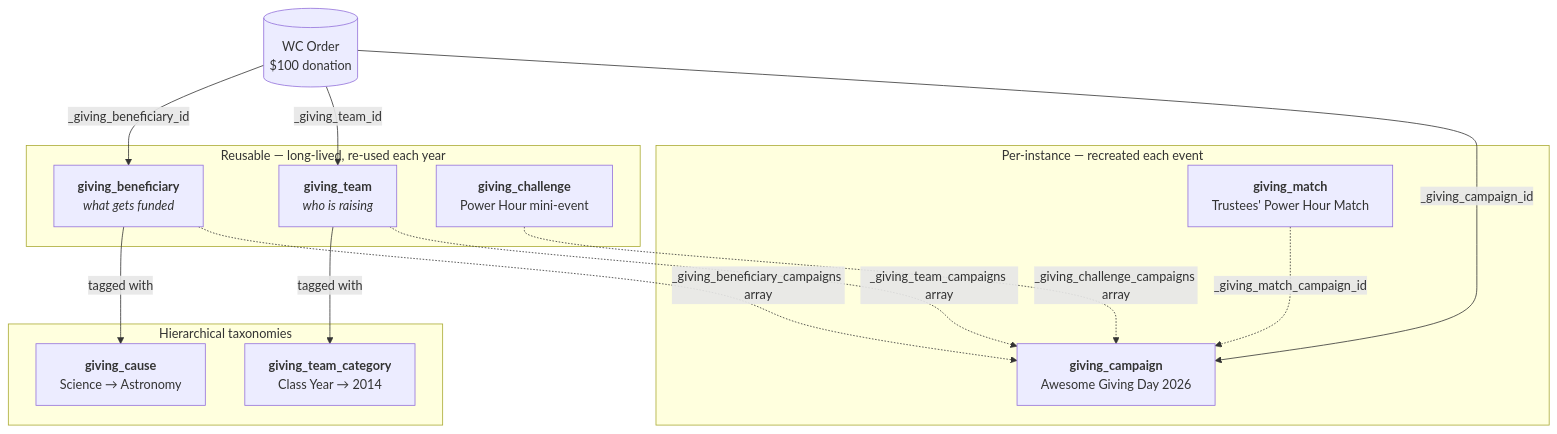
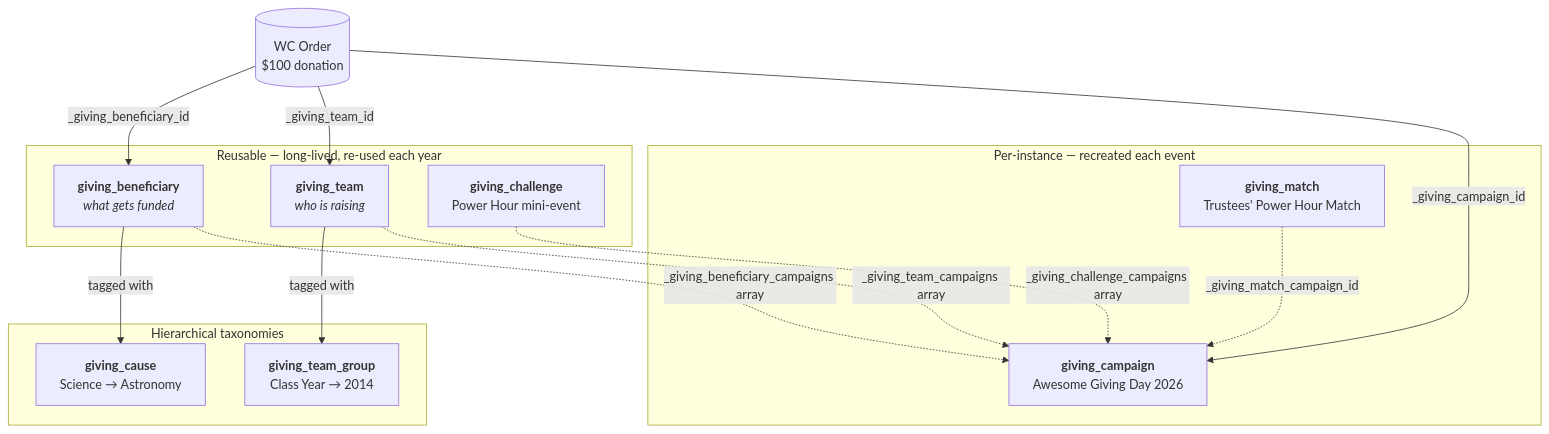
Before and after one commit to a8cteam51/giving-day-blocks: the diagram in README.md, drawn with Mermaid. The commit also changed other lines of this file and 17 other files, not shown here.

````diff
--- a/README.md
+++ b/README.md
@@ -193,32 +195,32 @@
 ```mermaid
 flowchart TB
     subgraph Instance["Per-instance — recreated each event"]
         CAMP["<b>giving_campaign</b><br/>Awesome Giving Day 2026"]
         MATCH["<b>giving_match</b><br/>Trustees' Power Hour Match"]
     end
 
     subgraph Reusable["Reusable — long-lived, re-used each year"]
         TEAM["<b>giving_team</b><br/><i>who is raising</i>"]
         BEN["<b>giving_beneficiary</b><br/><i>what gets funded</i>"]
         CHAL["<b>giving_challenge</b><br/>Power Hour mini-event"]
     end
 
     subgraph Taxonomies["Hierarchical taxonomies"]
         CAUSE["<b>giving_cause</b><br/>Science → Astronomy"]
-        TCAT["<b>giving_team_category</b><br/>Class Year → 2014"]
+        TGRP["<b>giving_team_group</b><br/>Class Year → 2014"]
     end
 
     ORDER[("WC Order<br/>$100 donation")]
 
     MATCH -.->|_giving_match_campaign_id| CAMP
     TEAM  -.->|_giving_team_campaigns array| CAMP
     BEN   -.->|_giving_beneficiary_campaigns array| CAMP
     CHAL  -.->|_giving_challenge_campaigns array| CAMP
 
     BEN  -->|tagged with| CAUSE
-    TEAM -->|tagged with| TCAT
+    TEAM -->|tagged with| TGRP
 
     ORDER -->|_giving_campaign_id| CAMP
     ORDER -->|_giving_team_id| TEAM
     ORDER -->|_giving_beneficiary_id| BEN
 ```
````
